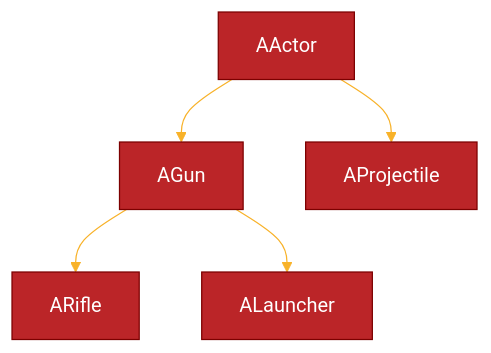
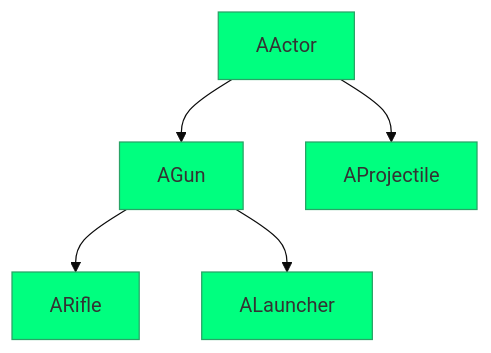
One commit to Mallllo/SimpleShooterRepository changed the first of 2 diagrams in README.md. Above: the diagram before and after it, drawn with Mermaid.

````diff
--- a/README.md
+++ b/README.md
@@ -2,20 +2,15 @@
 ```mermaid
 %%{
   init: {
     'theme': 'base',
     'themeVariables': {
-      'primaryColor': '#BB2528',
-      'primaryTextColor': '#fff',
-      'primaryBorderColor': '#7C0000',
-      'lineColor': '#F8B229',
-      'secondaryColor': '#006100',
-      'tertiaryColor': '#fff'
+      'primaryColor': '#00ff7f'
     }
   }
 }%%
 graph TD;
     AActor-->AGun;
     AGun-->ARifle;
     AGun-->ALauncher;
     AActor-->AProjectile;
 ```
````
